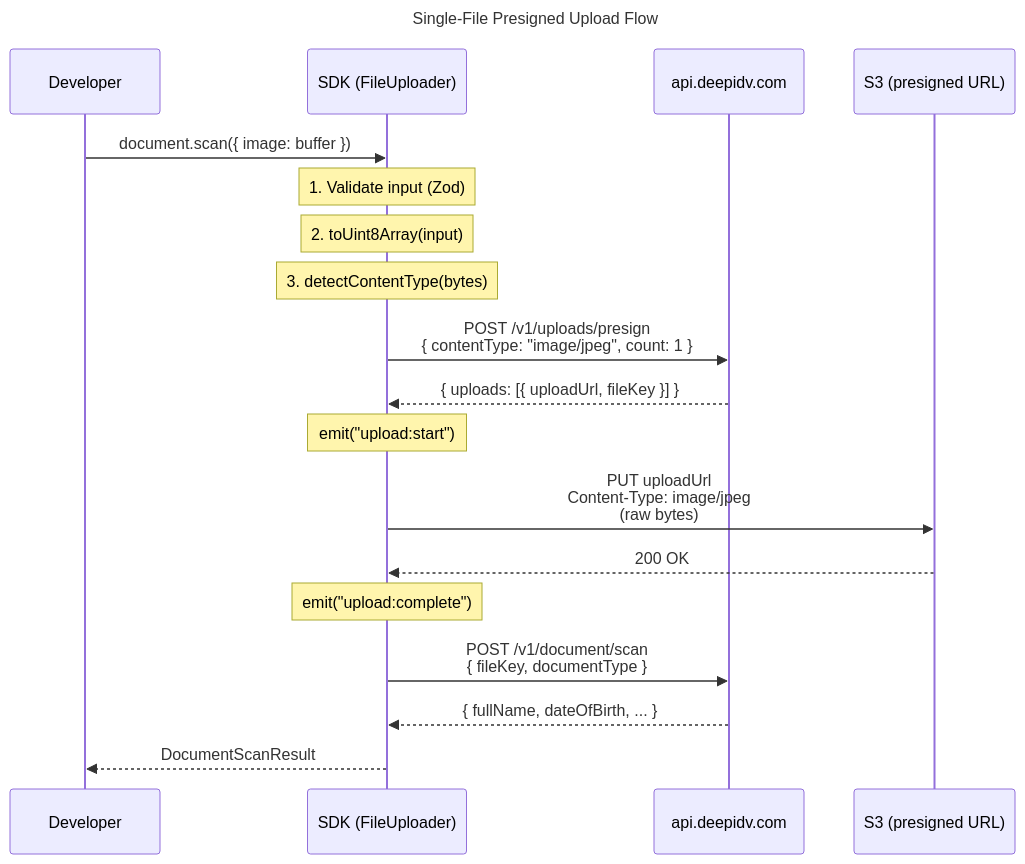
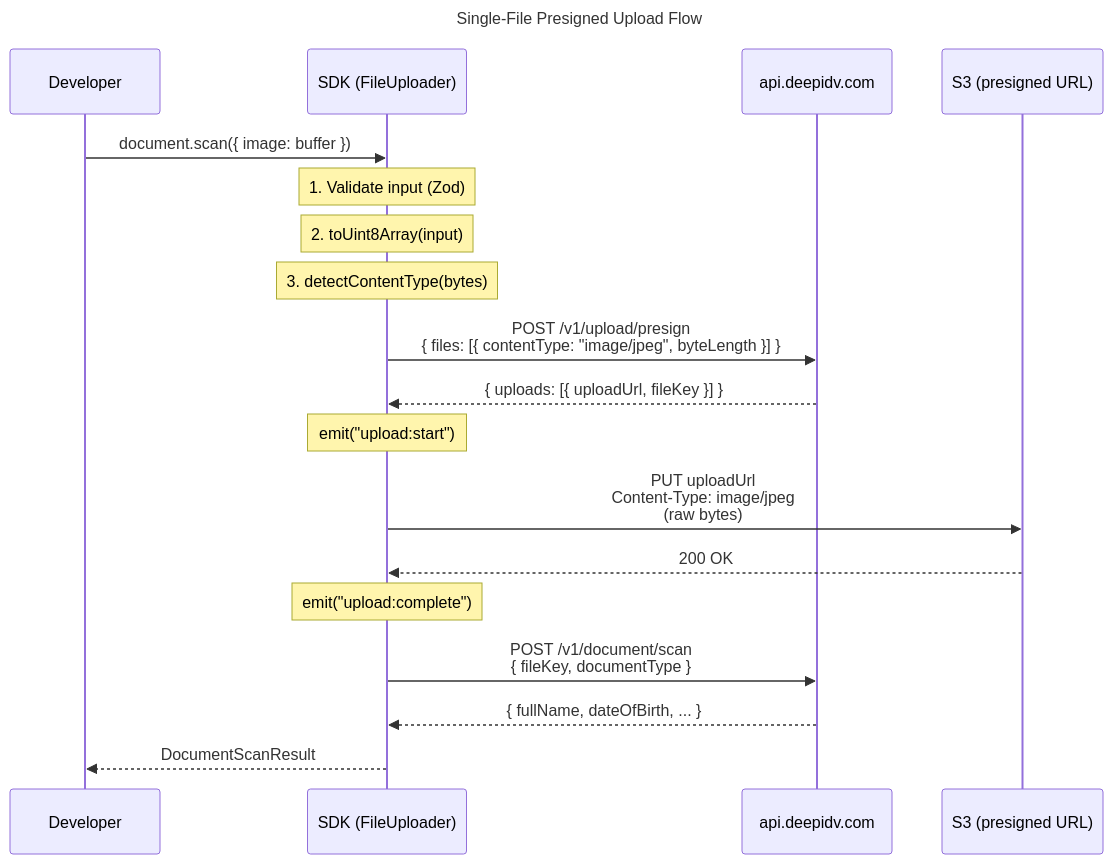
Before and after one commit to Deep-Identity-Inc/deepidv-sdk-ts: the diagram in docs/diagrams/single-file-upload.mmd, drawn with Mermaid. The commit also changed 21 other files, not shown here.

```diff
--- a/docs/diagrams/single-file-upload.mmd
+++ b/docs/diagrams/single-file-upload.mmd
@@ -1,22 +1,22 @@
 ---
 title: Single-File Presigned Upload Flow
 ---
 sequenceDiagram
     participant Dev as Developer
     participant SDK as SDK (FileUploader)
     participant API as api.deepidv.com
     participant S3 as S3 (presigned URL)
 
     Dev->>SDK: document.scan({ image: buffer })
     Note over SDK: 1. Validate input (Zod)
     Note over SDK: 2. toUint8Array(input)
     Note over SDK: 3. detectContentType(bytes)
-    SDK->>API: POST /v1/uploads/presign<br/>{ contentType: "image/jpeg", count: 1 }
+    SDK->>API: POST /v1/upload/presign<br/>{ files: [{ contentType: "image/jpeg", byteLength }] }
     API-->>SDK: { uploads: [{ uploadUrl, fileKey }] }
     Note over SDK: emit("upload:start")
     SDK->>S3: PUT uploadUrl<br/>Content-Type: image/jpeg<br/>(raw bytes)
     S3-->>SDK: 200 OK
     Note over SDK: emit("upload:complete")
     SDK->>API: POST /v1/document/scan<br/>{ fileKey, documentType }
     API-->>SDK: { fullName, dateOfBirth, ... }
     SDK-->>Dev: DocumentScanResult
```
